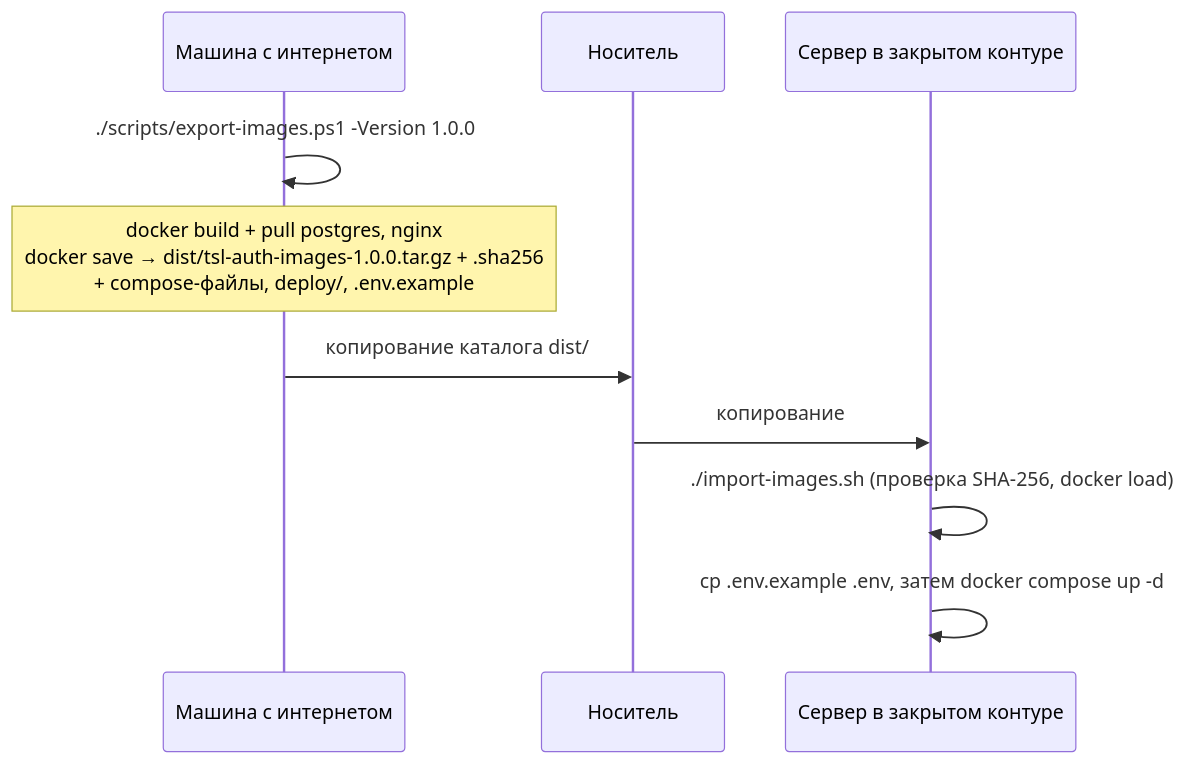
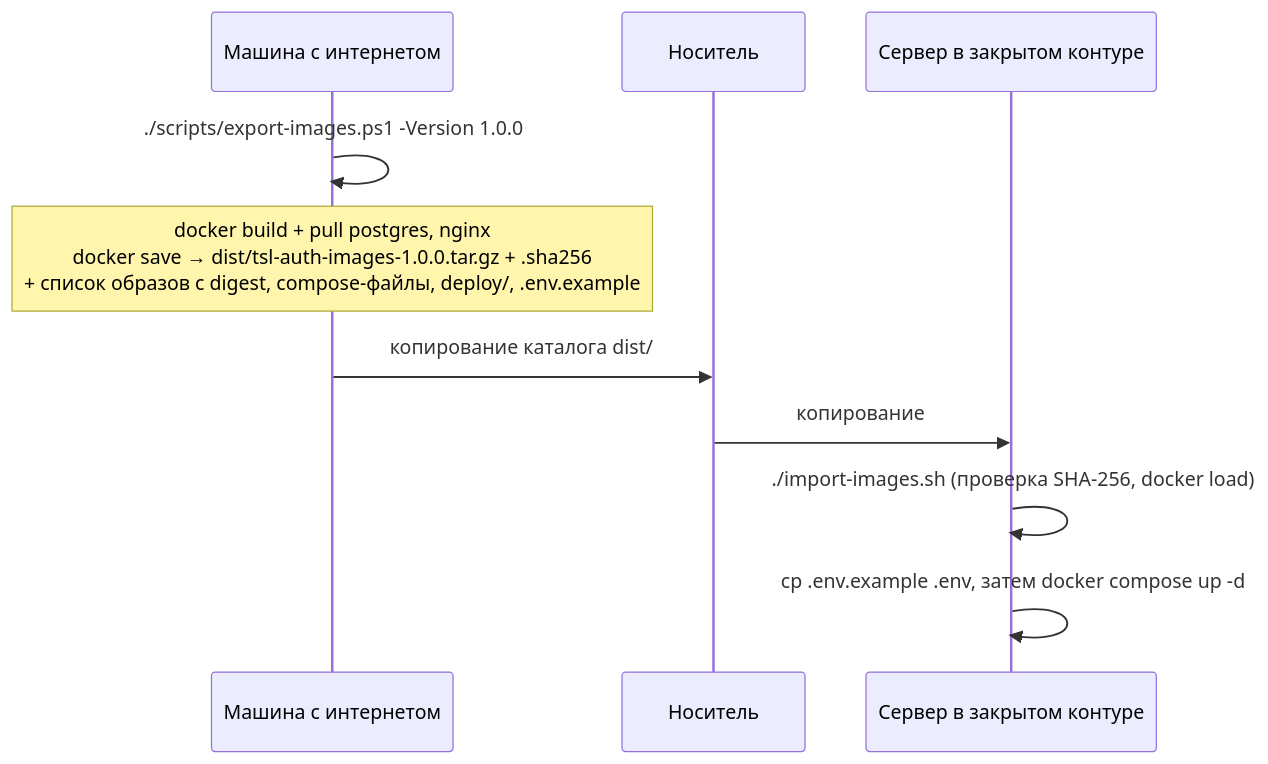
The third of 3 diagrams in docs/deployment.md (akprof2000/tsl-auth), drawn with Mermaid before and after one commit. The commit also changed other lines of this file and 8 other files, not shown here.

````diff
--- a/docs/deployment.md
+++ b/docs/deployment.md
@@ -137,12 +212,12 @@
 ```mermaid
 sequenceDiagram
     participant I as Машина с интернетом
     participant M as Носитель
     participant T as Сервер в закрытом контуре
     I->>I: ./scripts/export-images.ps1 -Version 1.0.0
-    Note over I: docker build + pull postgres, nginx<br/>docker save → dist/tsl-auth-images-1.0.0.tar.gz + .sha256<br/>+ compose-файлы, deploy/, .env.example
+    Note over I: docker build + pull postgres, nginx<br/>docker save → dist/tsl-auth-images-1.0.0.tar.gz + .sha256<br/>+ список образов с digest, compose-файлы, deploy/, .env.example
     I->>M: копирование каталога dist/
     M->>T: копирование
     T->>T: ./import-images.sh (проверка SHA-256, docker load)
     T->>T: cp .env.example .env, затем docker compose up -d
 ```
````
